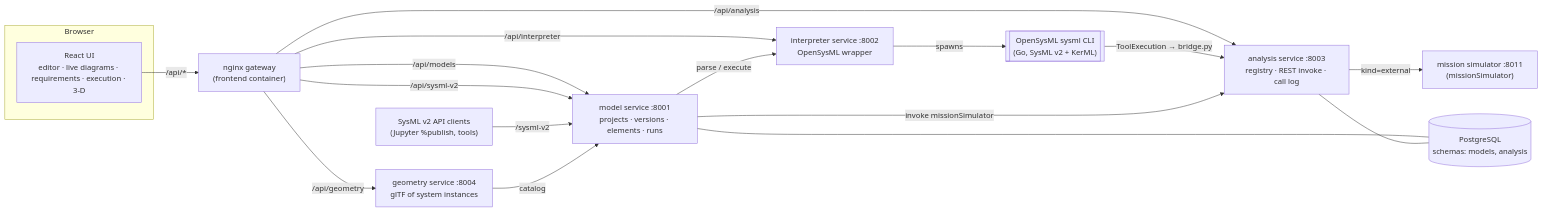
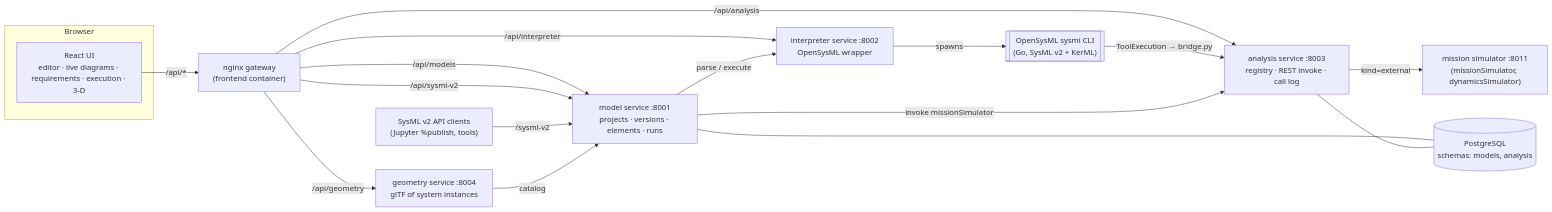
The diagram in README.md (jaydeanmartin/sysml), drawn with Mermaid before and after one commit. The commit also changed other lines of this file and 12 other files, not shown here.

````diff
--- a/README.md
+++ b/README.md
@@ -5,21 +5,21 @@
 ```mermaid
 flowchart LR
   subgraph Browser
     UI["React UI<br/>editor · live diagrams · requirements · execution · 3-D"]
   end
   UI -->|/api/*| GW["nginx gateway<br/>(frontend container)"]
   GW -->|/api/models| MS["model service :8001<br/>projects · versions · elements · runs"]
   GW -->|/api/sysml-v2| MS
   CL["SysML v2 API clients<br/>(Jupyter %publish, tools)"] -->|/sysml-v2| MS
   GW -->|/api/analysis| AS["analysis service :8003<br/>registry · REST invoke · call log"]
   GW -->|/api/interpreter| IS["interpreter service :8002<br/>OpenSysML wrapper"]
   GW -->|/api/geometry| GS["geometry service :8004<br/>glTF of system instances"]
   GS -->|catalog| MS
   MS -->|parse / execute| IS
   IS -->|spawns| OS[["OpenSysML sysml CLI<br/>(Go, SysML v2 + KerML)"]]
   OS -->|ToolExecution → bridge.py| AS
-  AS -->|kind=external| SIM["mission simulator :8011<br/>(missionSimulator)"]
+  AS -->|kind=external| SIM["mission simulator :8011<br/>(missionSimulator, dynamicsSimulator)"]
   MS -->|invoke missionSimulator| AS
   MS --- PG[(PostgreSQL<br/>schemas: models, analysis)]
   AS --- PG
 ```
````
